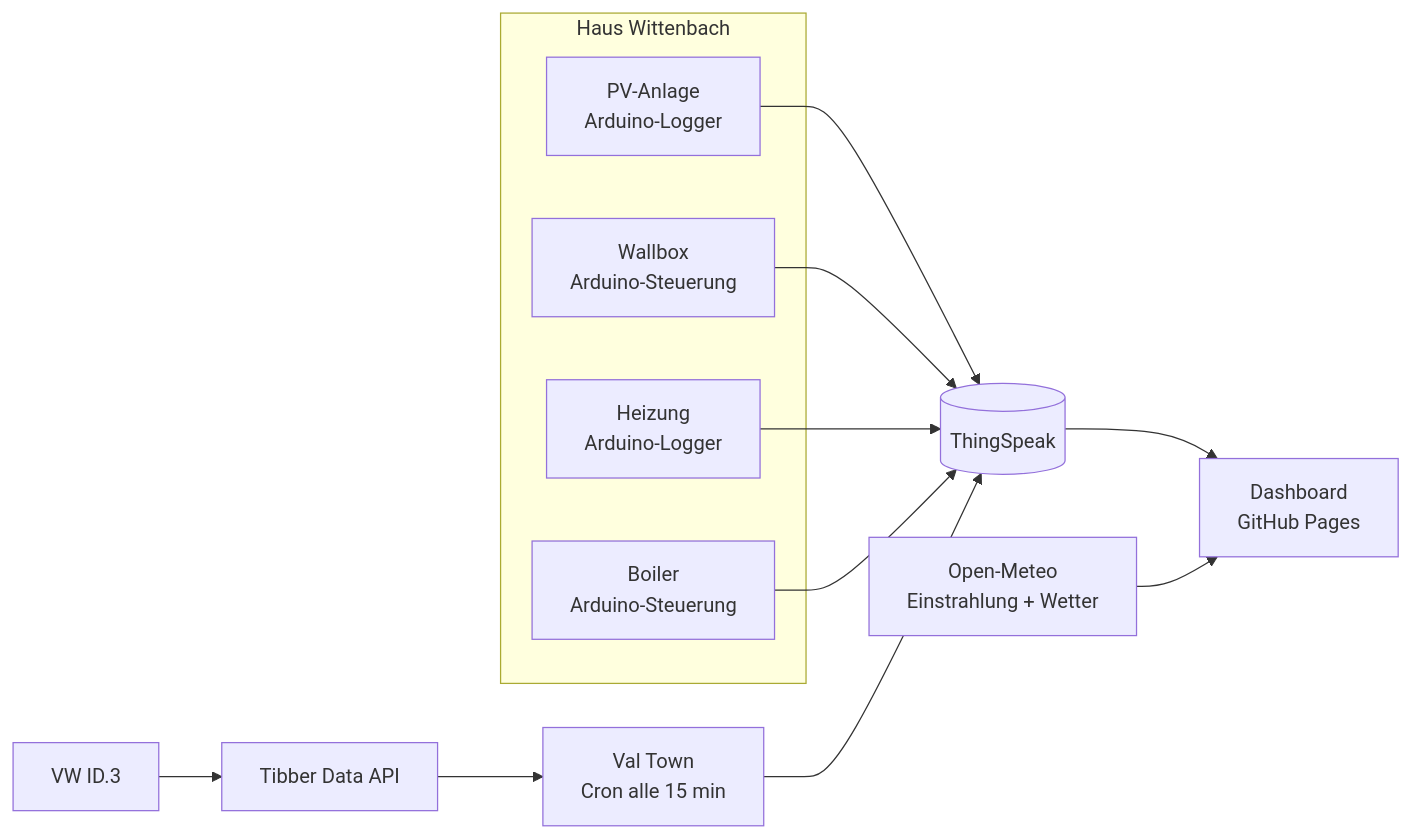
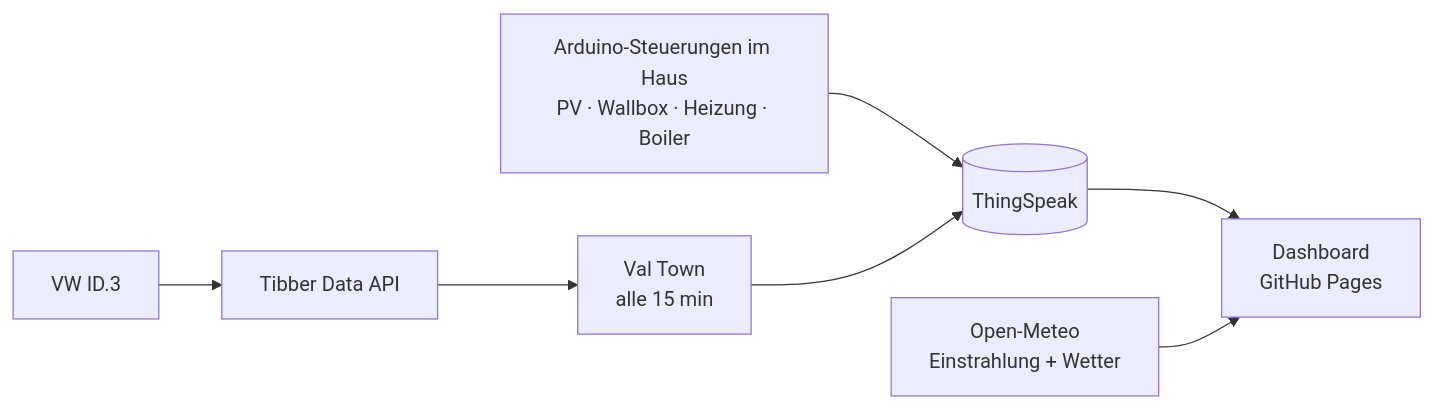
Before and after one commit to GrosjHOME/StefansHomeDashboard: the diagram in README.md, drawn with Mermaid.

Commit message:
README: Datenfluss-Diagramm kompakter (passt in GitHubs Mermaid-Rahmen)

````diff
--- a/README.md
+++ b/README.md
@@ -28,17 +28,7 @@
 ```mermaid
 flowchart LR
-  subgraph Haus["Haus Wittenbach"]
-    PV["PV-Anlage<br/>Arduino-Logger"]
-    WB["Wallbox<br/>Arduino-Steuerung"]
-    HZ["Heizung<br/>Arduino-Logger"]
-    BO["Boiler<br/>Arduino-Steuerung"]
-  end
-  ID3["VW ID.3"] --> TIB["Tibber Data API"] --> VT["Val Town<br/>Cron alle 15 min"]
-  PV --> TS[("ThingSpeak")]
-  WB --> TS
-  HZ --> TS
-  BO --> TS
-  VT --> TS
+  AR["Arduino-Steuerungen im Haus<br/>PV · Wallbox · Heizung · Boiler"] --> TS[("ThingSpeak")]
+  ID3["VW ID.3"] --> TIB["Tibber Data API"] --> VT["Val Town<br/>alle 15 min"] --> TS
   TS --> D["Dashboard<br/>GitHub Pages"]
   OM["Open-Meteo<br/>Einstrahlung + Wetter"] --> D
 ```
````
